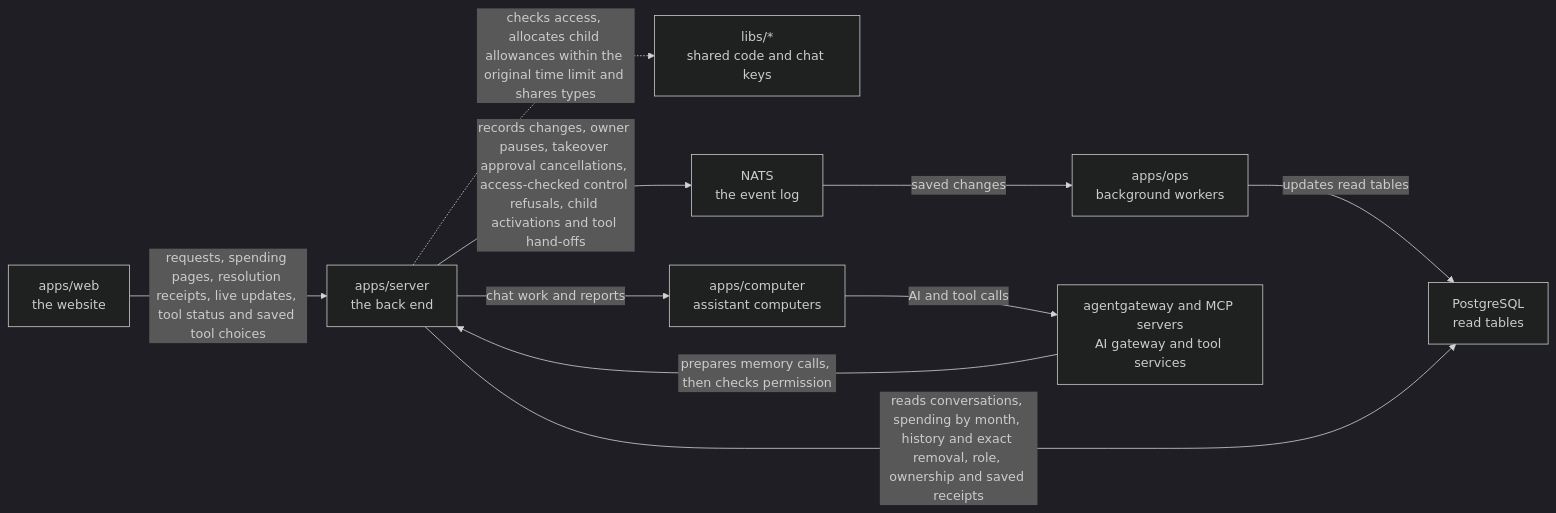
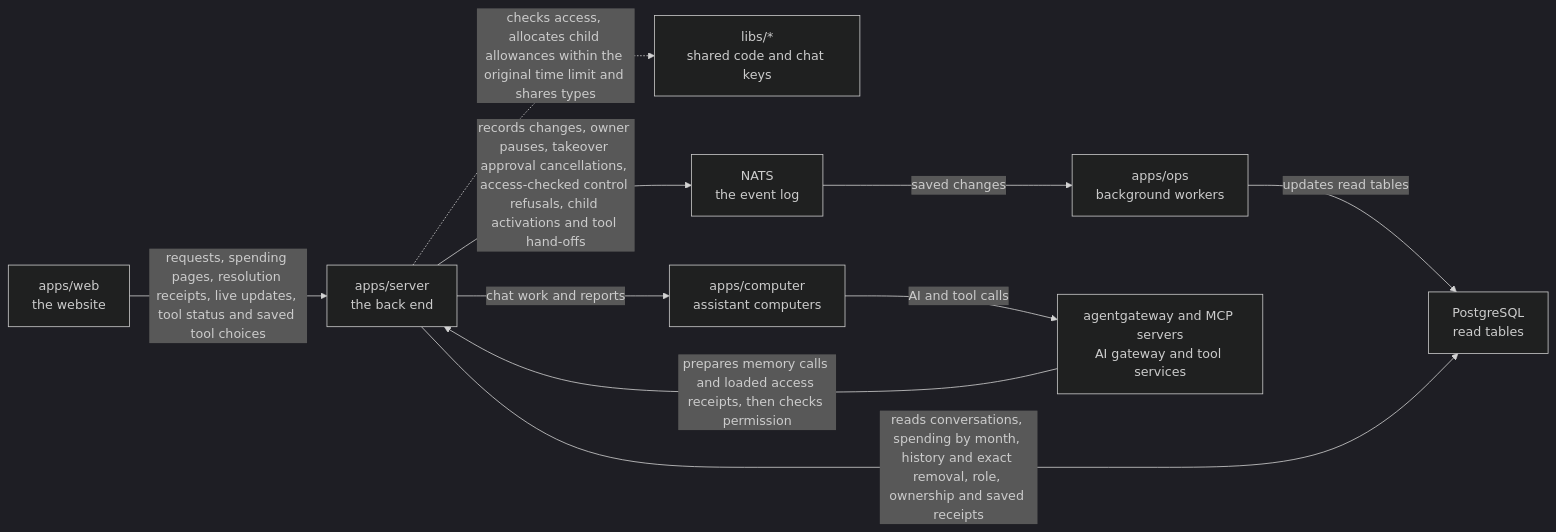
The diagram in apps/server/README.md (elewa-git/opencrane-new), drawn with Mermaid (dark theme) before and after one commit. The commit also changed other lines of this file and 3 other files, not shown here.

````diff
--- a/apps/server/README.md
+++ b/apps/server/README.md
@@ -48,12 +49,12 @@
 ```mermaid
 flowchart LR
   web["apps/web<br/>the website"] -->|requests, spending pages, resolution receipts, live updates, tool status and saved tool choices| server["apps/server<br/>the back end"]
   server -.->|checks access, allocates child allowances within the original time limit and shares types| libs["libs/*<br/>shared code and chat keys"]
   server -->|records changes, owner pauses, takeover approval cancellations, access-checked control refusals, child activations and tool hand-offs| nats["NATS<br/>the event log"]
   nats -->|saved changes| ops["apps/ops<br/>background workers"]
   ops -->|updates read tables| postgres["PostgreSQL<br/>read tables"]
   server -->|reads conversations, spending by month, history and exact removal, role, ownership and saved receipts| postgres
   server -->|chat work and reports| computer["apps/computer<br/>assistant computers"]
   computer -->|AI and tool calls| runtime["agentgateway and MCP servers<br/>AI gateway and tool services"]
-  runtime -->|prepares memory calls, then checks permission| server
+  runtime -->|prepares memory calls and loaded access receipts, then checks permission| server
 ```
````
